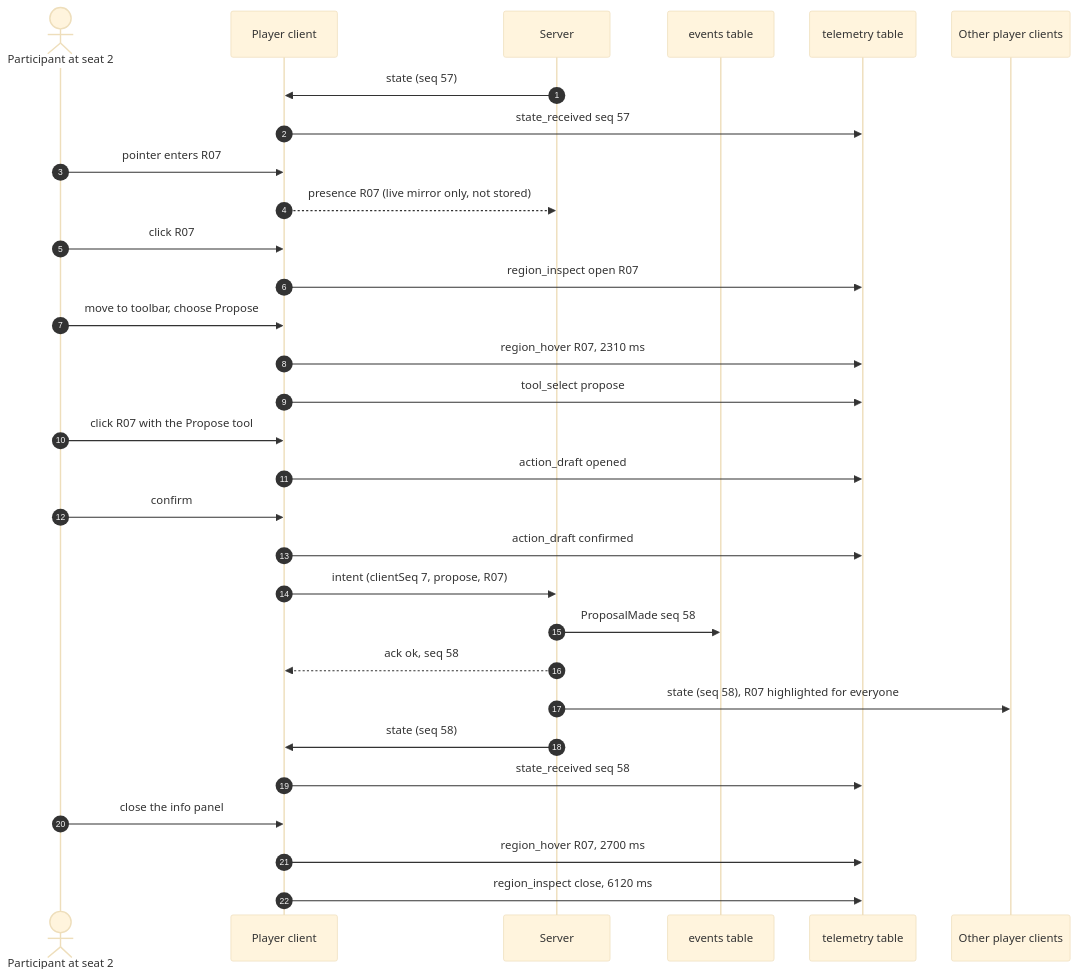
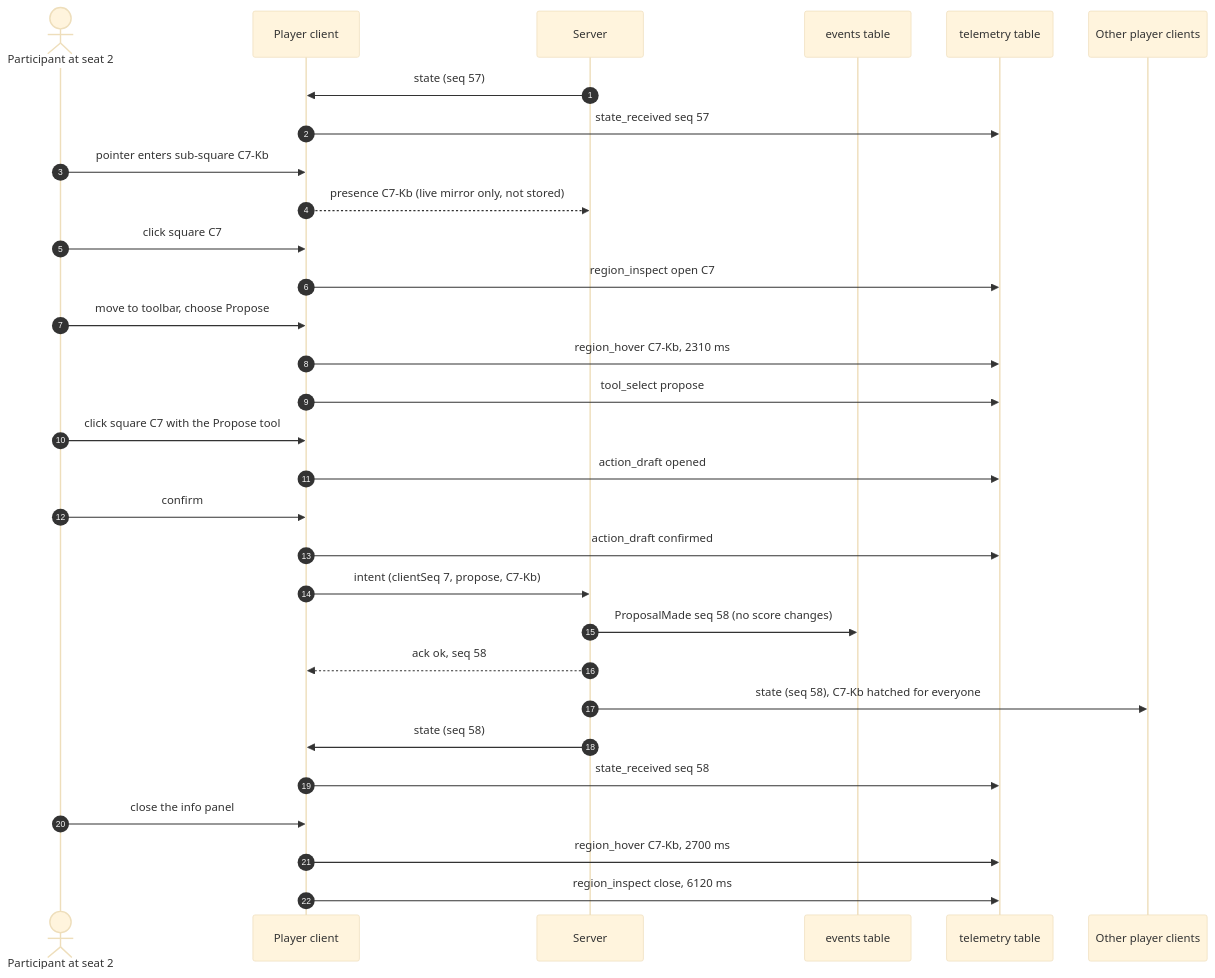
One commit to xy-zak/WhoKnowsWhoActs changed the second of 2 diagrams in docs/DATA-TYPES.md. Above: the diagram before and after it, drawn with Mermaid (base theme). The commit also changed other lines of this file and 72 other files, not shown here.

````diff
--- a/docs/DATA-TYPES.md
+++ b/docs/DATA-TYPES.md
@@ -2004,32 +2072,32 @@
 ```mermaid
 sequenceDiagram
   autonumber
   actor U as Participant at seat 2
   participant C as Player client
   participant S as Server
   participant E as events table
   participant T as telemetry table
   participant O as Other player clients
   S->>C: state (seq 57)
   C->>T: state_received seq 57
-  U->>C: pointer enters R07
-  C-->>S: presence R07 (live mirror only, not stored)
-  U->>C: click R07
-  C->>T: region_inspect open R07
+  U->>C: pointer enters sub-square C7-Kb
+  C-->>S: presence C7-Kb (live mirror only, not stored)
+  U->>C: click square C7
+  C->>T: region_inspect open C7
   U->>C: move to toolbar, choose Propose
-  C->>T: region_hover R07, 2310 ms
+  C->>T: region_hover C7-Kb, 2310 ms
   C->>T: tool_select propose
-  U->>C: click R07 with the Propose tool
+  U->>C: click square C7 with the Propose tool
   C->>T: action_draft opened
   U->>C: confirm
   C->>T: action_draft confirmed
-  C->>S: intent (clientSeq 7, propose, R07)
-  S->>E: ProposalMade seq 58
+  C->>S: intent (clientSeq 7, propose, C7-Kb)
+  S->>E: ProposalMade seq 58 (no score changes)
   S-->>C: ack ok, seq 58
-  S->>O: state (seq 58), R07 highlighted for everyone
+  S->>O: state (seq 58), C7-Kb hatched for everyone
   S->>C: state (seq 58)
   C->>T: state_received seq 58
   U->>C: close the info panel
-  C->>T: region_hover R07, 2700 ms
+  C->>T: region_hover C7-Kb, 2700 ms
   C->>T: region_inspect close, 6120 ms
 ```
````
